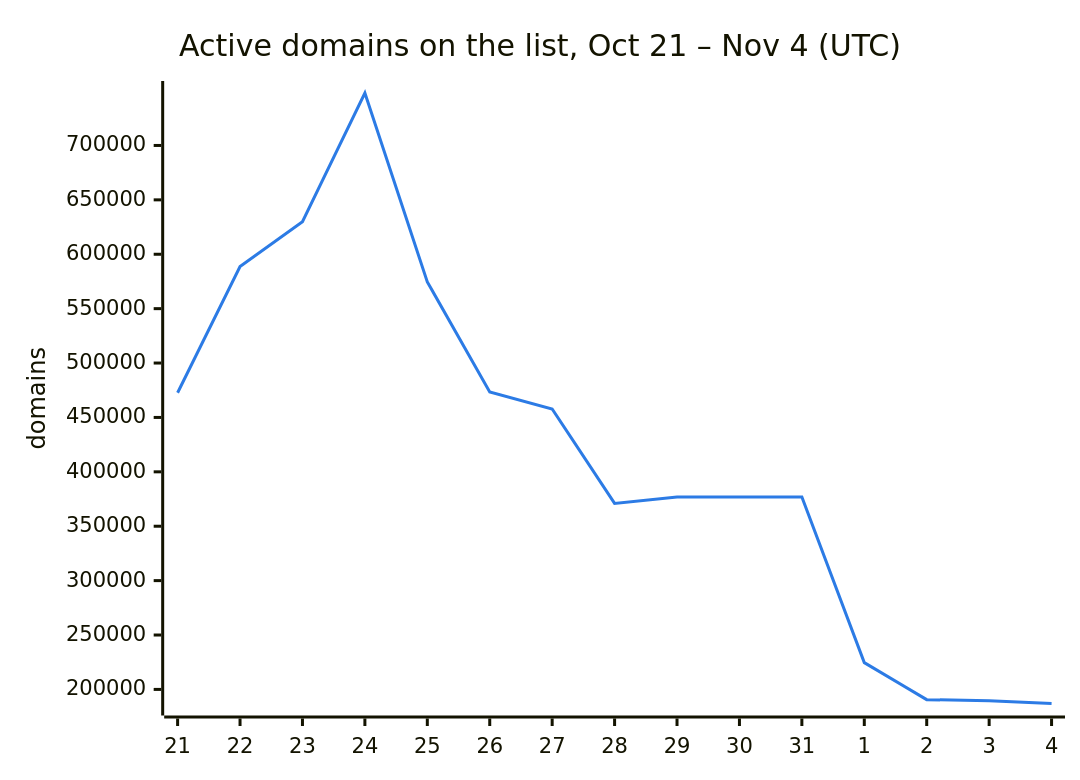
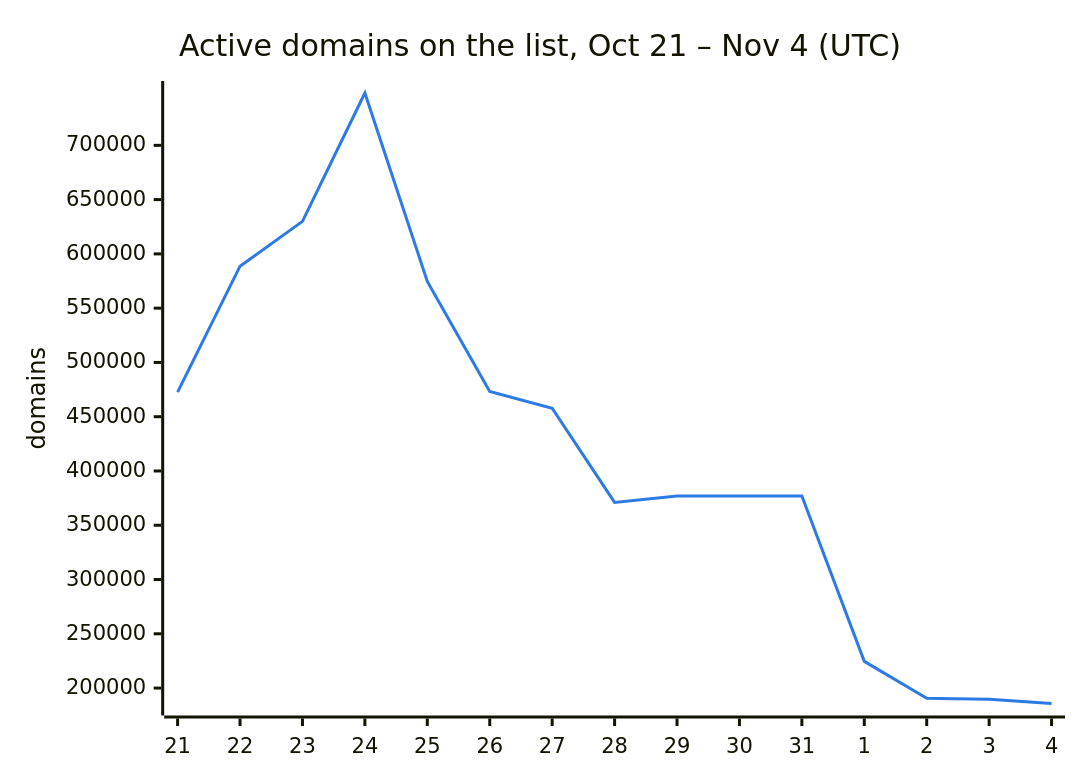
One commit to DNSBunker/CTI changed the second of 3 diagrams in README.md. Above: the diagram before and after it, drawn with Mermaid. The commit also changed other lines of this file and 3 other files, not shown here.

````diff
--- a/README.md
+++ b/README.md
@@ -38,8 +38,8 @@
 ```mermaid
 %%{init: {"themeVariables": {"xyChart": {"plotColorPalette": "#2c7be5"}}}}%%
 xychart-beta
     title "Active domains on the list, Oct 21 – Nov 4 (UTC)"
     x-axis ["21", "22", "23", "24", "25", "26", "27", "28", "29", "30", "31", "1", "2", "3", "4"]
     y-axis "domains"
-    line [472713, 588659, 629951, 748222, 574614, 473331, 457795, 371010, 376945, 376945, 376945, 224607, 190603, 189609, 187049]
+    line [472713, 588659, 629951, 748222, 574614, 473331, 457795, 371010, 376945, 376945, 376945, 224607, 190603, 189609, 185785]
 ```
````
